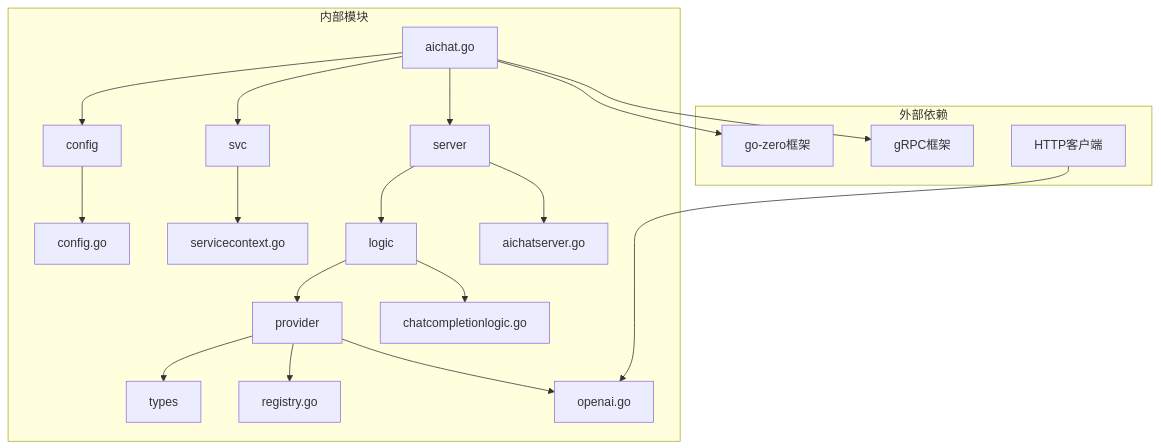
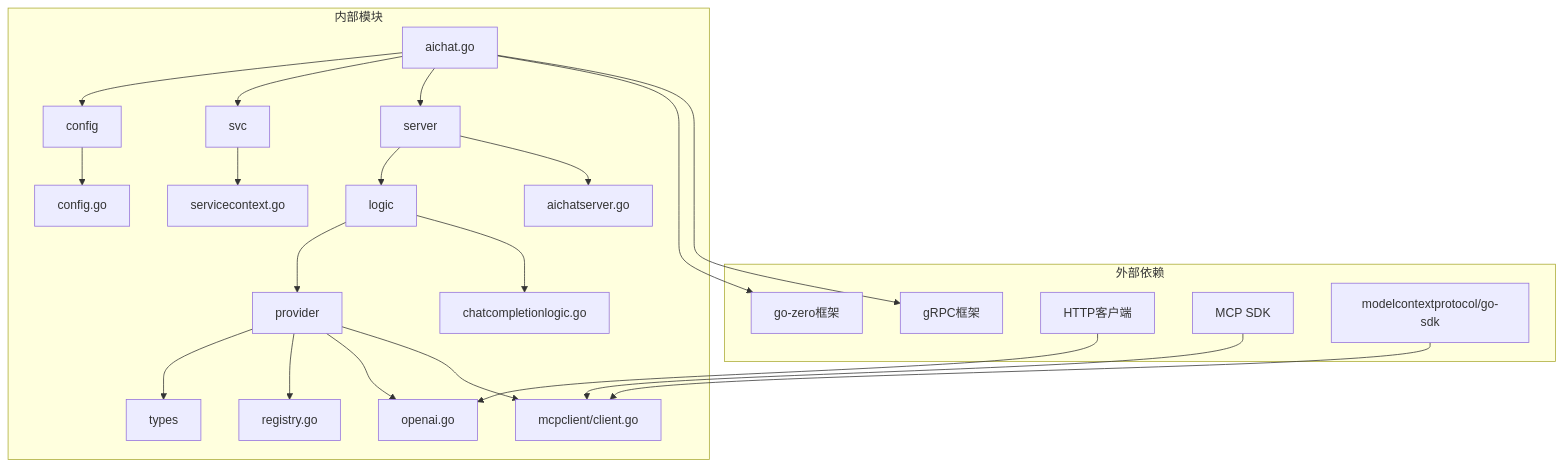
The eighth of 8 diagrams in .qoder/repowiki/zh/content/核心服务详解/AI聊天服务.md (maomao94/zero-service), drawn with Mermaid before and after one commit. The commit also changed other lines of this file and 8 other files, not shown here.

````diff
--- a/.qoder/repowiki/zh/content/核心服务详解/AI聊天服务.md
+++ b/.qoder/repowiki/zh/content/核心服务详解/AI聊天服务.md
@@ -323,25 +484,30 @@
 ```mermaid
 graph TB
 subgraph "外部依赖"
 A[go-zero框架]
 B[gRPC框架]
 C[HTTP客户端]
+D[MCP SDK]
+E[modelcontextprotocol/go-sdk]
 end
 subgraph "内部模块"
-D[aichat.go] --> E[config]
-D --> F[svc]
-D --> G[server]
-G --> H[logic]
-H --> I[provider]
-I --> J[types]
-E --> K[config.go]
-F --> L[servicecontext.go]
-G --> M[aichatserver.go]
-H --> N[chatcompletionlogic.go]
-I --> O[registry.go]
-I --> P[openai.go]
+F[aichat.go] --> G[config]
+F --> H[svc]
+F --> I[server]
+I --> J[logic]
+J --> K[provider]
+K --> L[types]
+G --> M[config.go]
+H --> N[servicecontext.go]
+I --> O[aichatserver.go]
+J --> P[chatcompletionlogic.go]
+K --> Q[registry.go]
+K --> R[openai.go]
+K --> S[mcpclient/client.go]
 end
-D --> A
-D --> B
-C --> P
+F --> A
+F --> B
+C --> R
+D --> S
+E --> S
 ```
````
